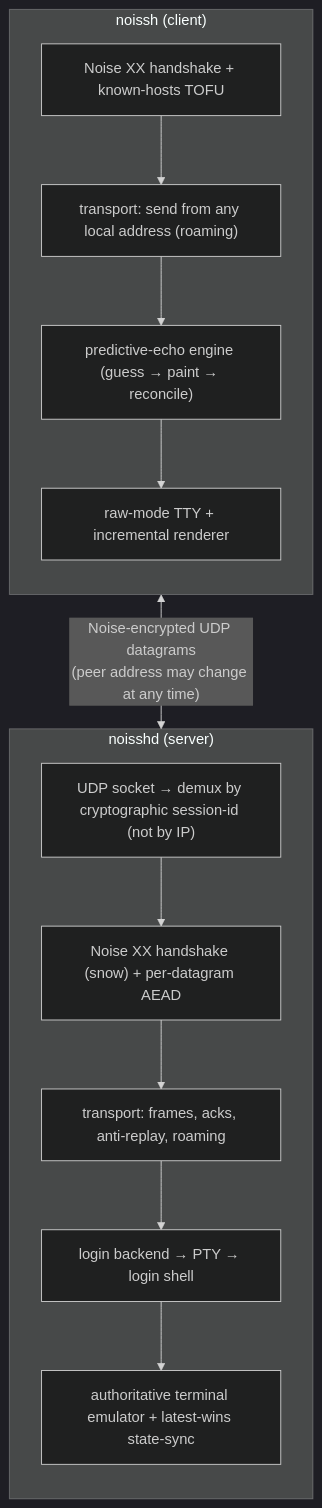
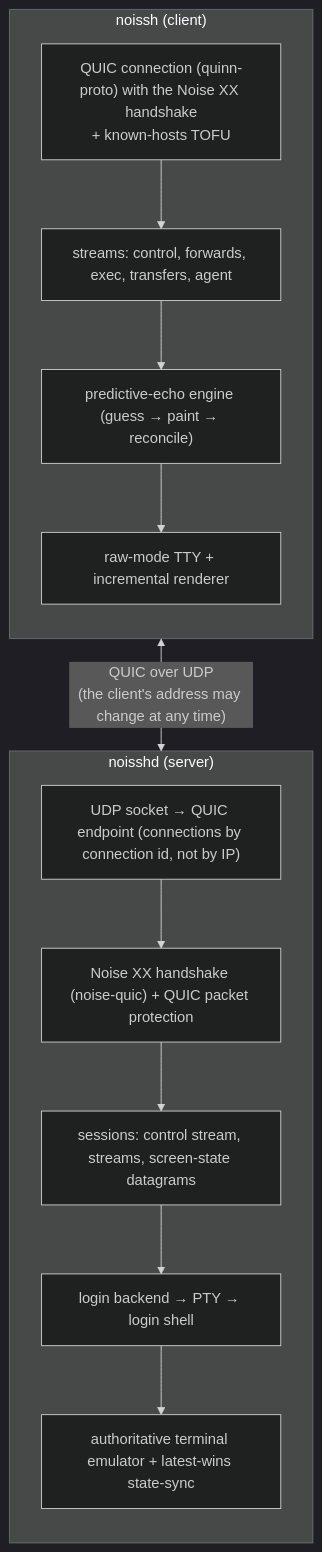
The first of 2 diagrams in docs/ARCHITECTURE.md (gedigi/noissh), drawn with Mermaid (dark theme) before and after one commit. The commit also changed other lines of this file and 57 other files, not shown here.

First line of the commit message:
Release 0.7.0: QUIC transport secured by Noise (#11)

````diff
--- a/docs/ARCHITECTURE.md
+++ b/docs/ARCHITECTURE.md
@@ -20,23 +26,23 @@
 ```mermaid
 flowchart TB
     subgraph client["noissh (client)"]
         direction TB
-        c1["Noise XX handshake + known-hosts TOFU"]
-        c2["transport: send from any local address (roaming)"]
+        c1["QUIC connection (quinn-proto) with the Noise XX handshake<br/>+ known-hosts TOFU"]
+        c2["streams: control, forwards, exec, transfers, agent"]
         c3["predictive-echo engine (guess → paint → reconcile)"]
         c4["raw-mode TTY + incremental renderer"]
         c1 --> c2 --> c3 --> c4
     end
 
     subgraph server["noisshd (server)"]
         direction TB
-        s1["UDP socket → demux by cryptographic session-id (not by IP)"]
-        s2["Noise XX handshake (snow) + per-datagram AEAD"]
-        s3["transport: frames, acks, anti-replay, roaming"]
+        s1["UDP socket → QUIC endpoint (connections by connection id, not by IP)"]
+        s2["Noise XX handshake (noise-quic) + QUIC packet protection"]
+        s3["sessions: control stream, streams, screen-state datagrams"]
         s4["login backend → PTY → login shell"]
         s5["authoritative terminal emulator + latest-wins state-sync"]
         s1 --> s2 --> s3 --> s4 --> s5
     end
 
-    client <-->|"Noise-encrypted UDP datagrams<br/>(peer address may change at any time)"| server
+    client <-->|"QUIC over UDP<br/>(the client's address may change at any time)"| server
 ```
````
